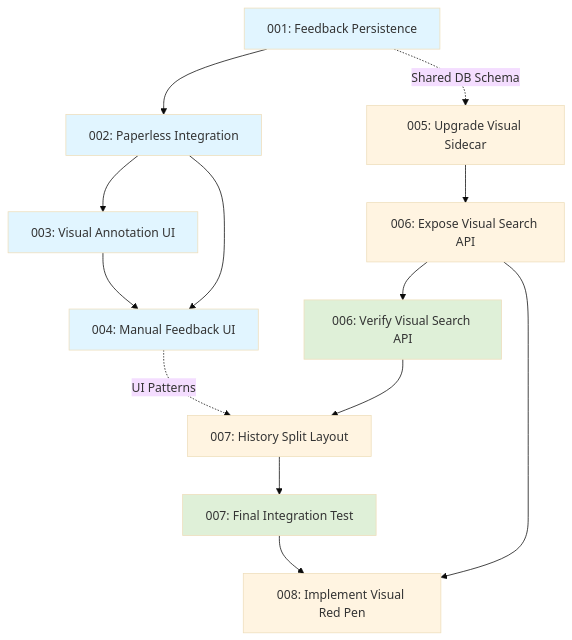
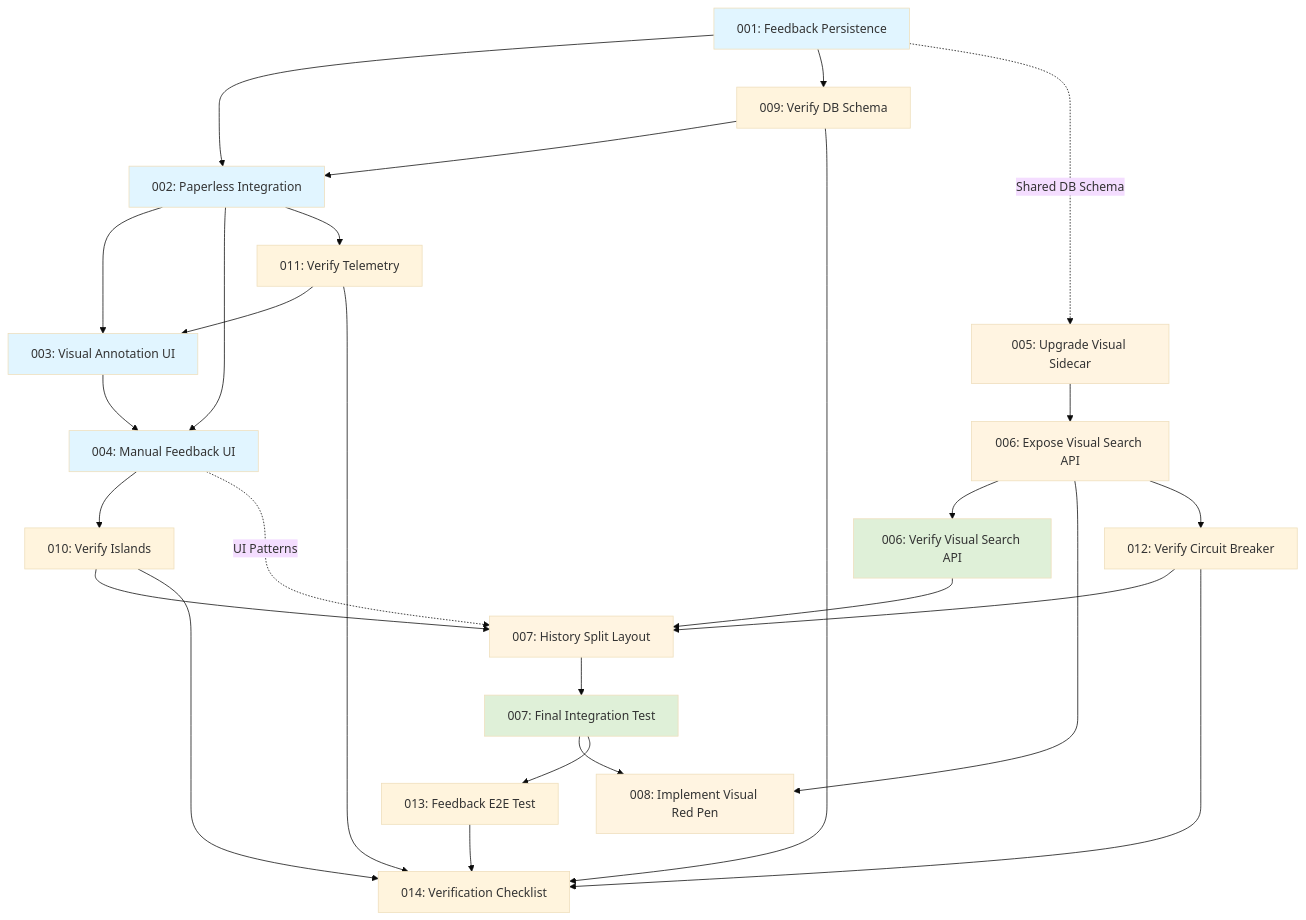
Before and after one commit to Walchshofer/paperless-ai: the diagram in prompts/EXECUTION_ORDER.md, drawn with Mermaid (base theme). The commit also changed 6 other files, not shown here.

First line of the commit message:
feat: Add verification prompts for database schema, frontend islands, telemetry, circuit breaker, and feedback flow

````diff
--- a/prompts/EXECUTION_ORDER.md
+++ b/prompts/EXECUTION_ORDER.md
@@ -8,28 +8,43 @@
 ```mermaid
 graph TD
     001[001: Feedback Persistence] --> 002[002: Paperless Integration]
     002 --> 003[003: Visual Annotation UI]
     002 --> 004[004: Manual Feedback UI]
     003 --> 004
 
     005[005: Upgrade Visual Sidecar] --> 006[006: Expose Visual Search API]
     006 --> 006v[006: Verify Visual Search API]
     006v --> 007[007: History Split Layout]
     007 --> 007v[007: Final Integration Test]
     007v --> 008[008: Implement Visual Red Pen]
     006 --> 008
+
+    001 --> 009[009: Verify DB Schema]
+    009 --> 002
+
+    002 --> 011[011: Verify Telemetry]
+    011 --> 003
+
+    004 --> 010[010: Verify Islands]
+    010 --> 007
+
+    006 --> 012[012: Verify Circuit Breaker]
+    012 --> 007
+
+    007v --> 013[013: Feedback E2E Test]
+    009 & 010 & 011 & 012 & 013 --> 014[014: Verification Checklist]
 
     001 -.->|Shared DB Schema| 005
     004 -.->|UI Patterns| 007
 
     style 001 fill:#e1f5ff
     style 002 fill:#e1f5ff
     style 003 fill:#e1f5ff
     style 004 fill:#e1f5ff
     style 005 fill:#fff4e1
     style 006 fill:#fff4e1
     style 006v fill:#dff0d8
     style 007 fill:#fff4e1
     style 007v fill:#dff0d8
     style 008 fill:#fff4e1
 ```
````
